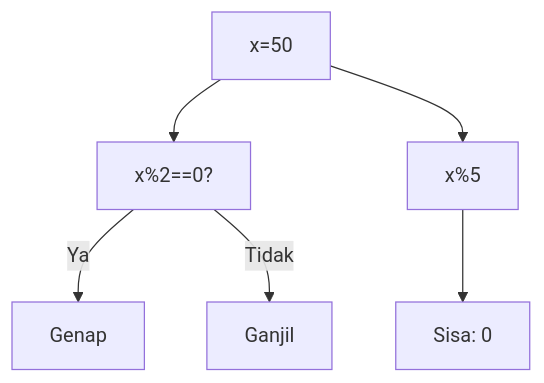
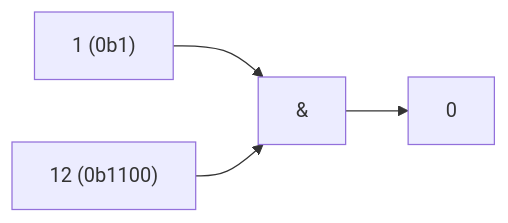
Diagram 14 of 25 in part-c-pemahaman-cpp/06-bitwise/latihan/set-11.md (amnahwaida/OSNK_INF_PREP), drawn with Mermaid before and after one commit. The commit also changed other lines of this file and 71 other files, not shown here.

````diff
--- a/part-c-pemahaman-cpp/06-bitwise/latihan/set-11.md
+++ b/part-c-pemahaman-cpp/06-bitwise/latihan/set-11.md
@@ -470,8 +366,6 @@
 ```mermaid
-graph TD
-A["x=50"] --> B["x%2==0?"]
-B -- Ya --> C["Genap"]
-B -- Tidak --> D["Ganjil"]
-A --> E["x%5"]
-E --> F["Sisa: 0"]
+graph LR
+A["1 (0b1)"] --> C["&"]
+B["12 (0b1100)"] --> C
+C --> D["0"]
 ```
````
